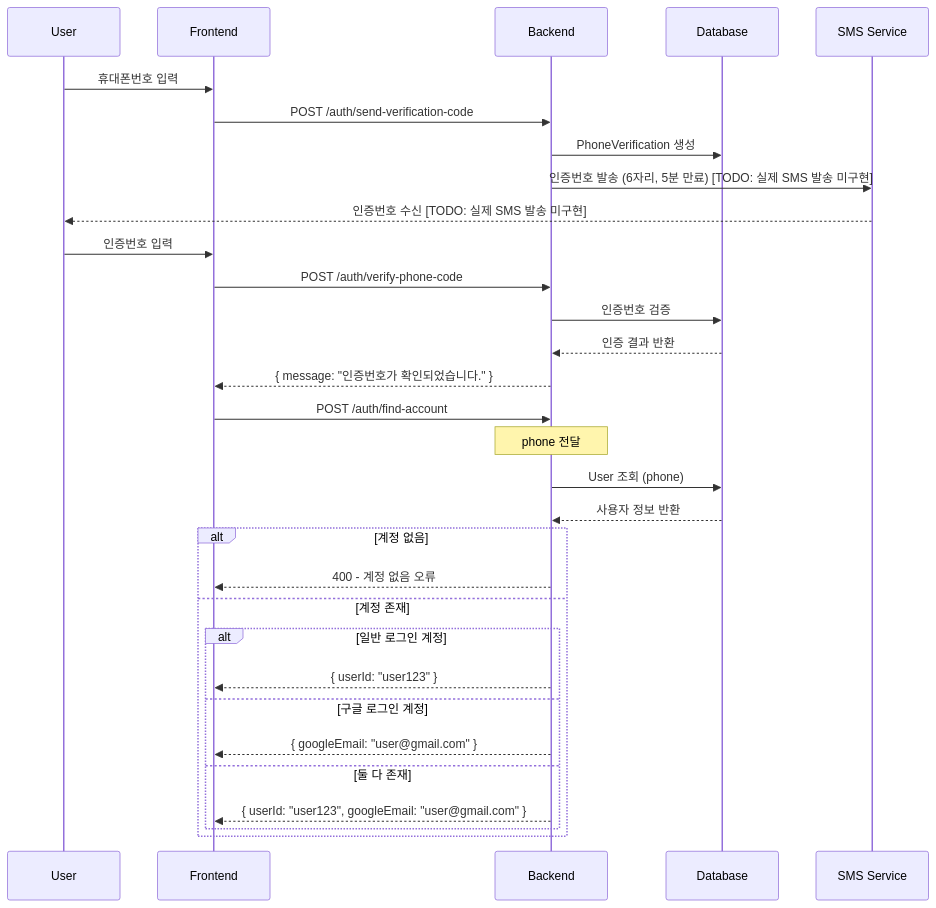
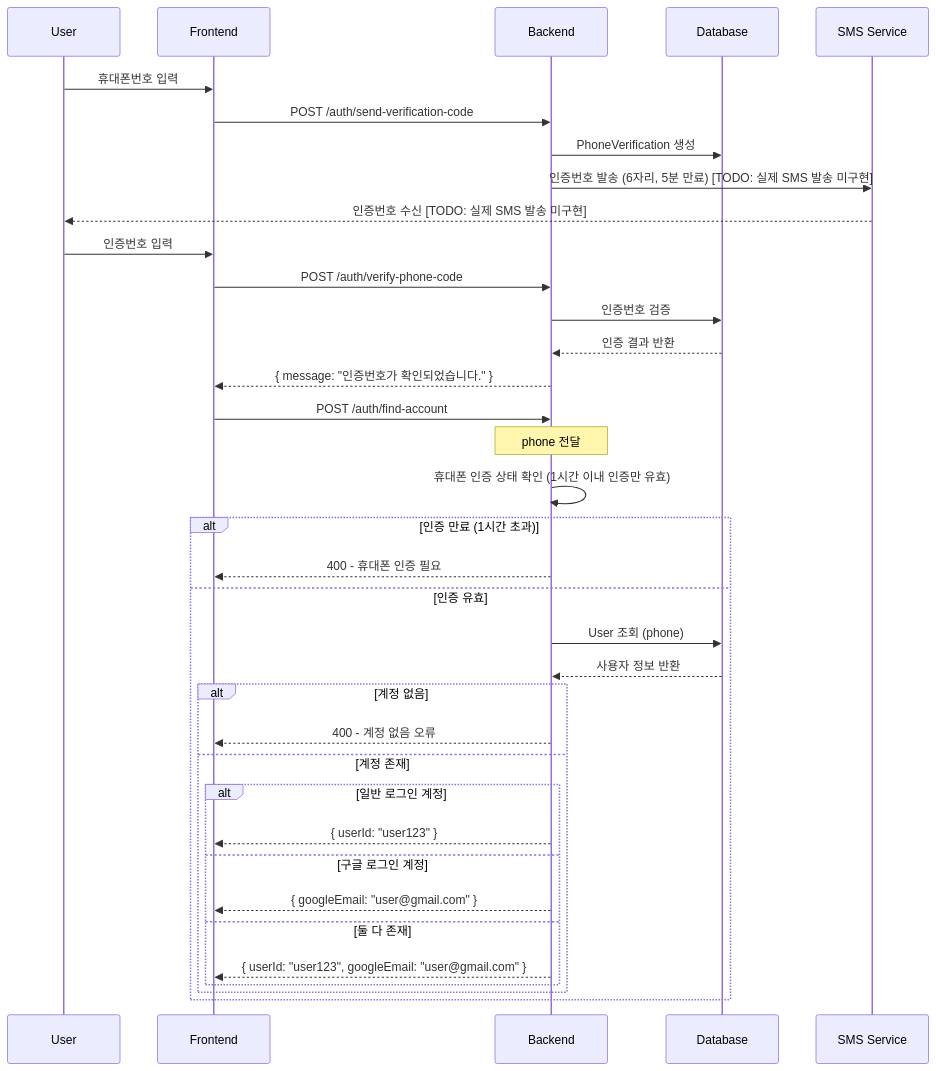
One commit to ServicePlayground/sweet-order changed the sixth of 9 diagrams in apps/web-user/backend/docs/통합 로그인 및 회원가입 - 가이드.md. Above: the diagram before and after it, drawn with Mermaid. The commit also changed other lines of this file and 4 other files, not shown here.

Commit message:
[WEB-USER][BE][FEAT]: 휴대폰 인증 상태 확인 기능 추가 - 인증 완료 후 1시간 이내 유효성 검사 로직 구현, 관련 API 수정 및 Swagger 응답 데코레이터 추가

````diff
--- a/apps/web-user/backend/docs/통합 로그인 및 회원가입 - 가이드.md
+++ b/apps/web-user/backend/docs/통합 로그인 및 회원가입 - 가이드.md
@@ -251,37 +260,41 @@
 ```mermaid
 sequenceDiagram
     participant U as User
     participant F as Frontend
     participant B as Backend
     participant DB as Database
     participant SMS as SMS Service
 
     U->>F: 휴대폰번호 입력
     F->>B: POST /auth/send-verification-code
     B->>DB: PhoneVerification 생성
     B->>SMS: 인증번호 발송 (6자리, 5분 만료) [TODO: 실제 SMS 발송 미구현]
     SMS-->>U: 인증번호 수신 [TODO: 실제 SMS 발송 미구현]
 
     U->>F: 인증번호 입력
     F->>B: POST /auth/verify-phone-code
     B->>DB: 인증번호 검증
     DB-->>B: 인증 결과 반환
     B-->>F: { message: "인증번호가 확인되었습니다." }
 
     F->>B: POST /auth/find-account
     Note over B: phone 전달
-    B->>DB: User 조회 (phone)
-    DB-->>B: 사용자 정보 반환
-
-    alt 계정 없음
-        B-->>F: 400 - 계정 없음 오류
-    else 계정 존재
-        alt 일반 로그인 계정
-            B-->>F: { userId: "user123" }
-        else 구글 로그인 계정
-            B-->>F: { googleEmail: "user@gmail.com" }
-        else 둘 다 존재
-            B-->>F: { userId: "user123", googleEmail: "user@gmail.com" }
+    B->>B: 휴대폰 인증 상태 확인 (1시간 이내 인증만 유효)
+    alt 인증 만료 (1시간 초과)
+        B-->>F: 400 - 휴대폰 인증 필요
+    else 인증 유효
+        B->>DB: User 조회 (phone)
+        DB-->>B: 사용자 정보 반환
+        alt 계정 없음
+            B-->>F: 400 - 계정 없음 오류
+        else 계정 존재
+            alt 일반 로그인 계정
+                B-->>F: { userId: "user123" }
+            else 구글 로그인 계정
+                B-->>F: { googleEmail: "user@gmail.com" }
+            else 둘 다 존재
+                B-->>F: { userId: "user123", googleEmail: "user@gmail.com" }
+            end
         end
     end
 ```
````
